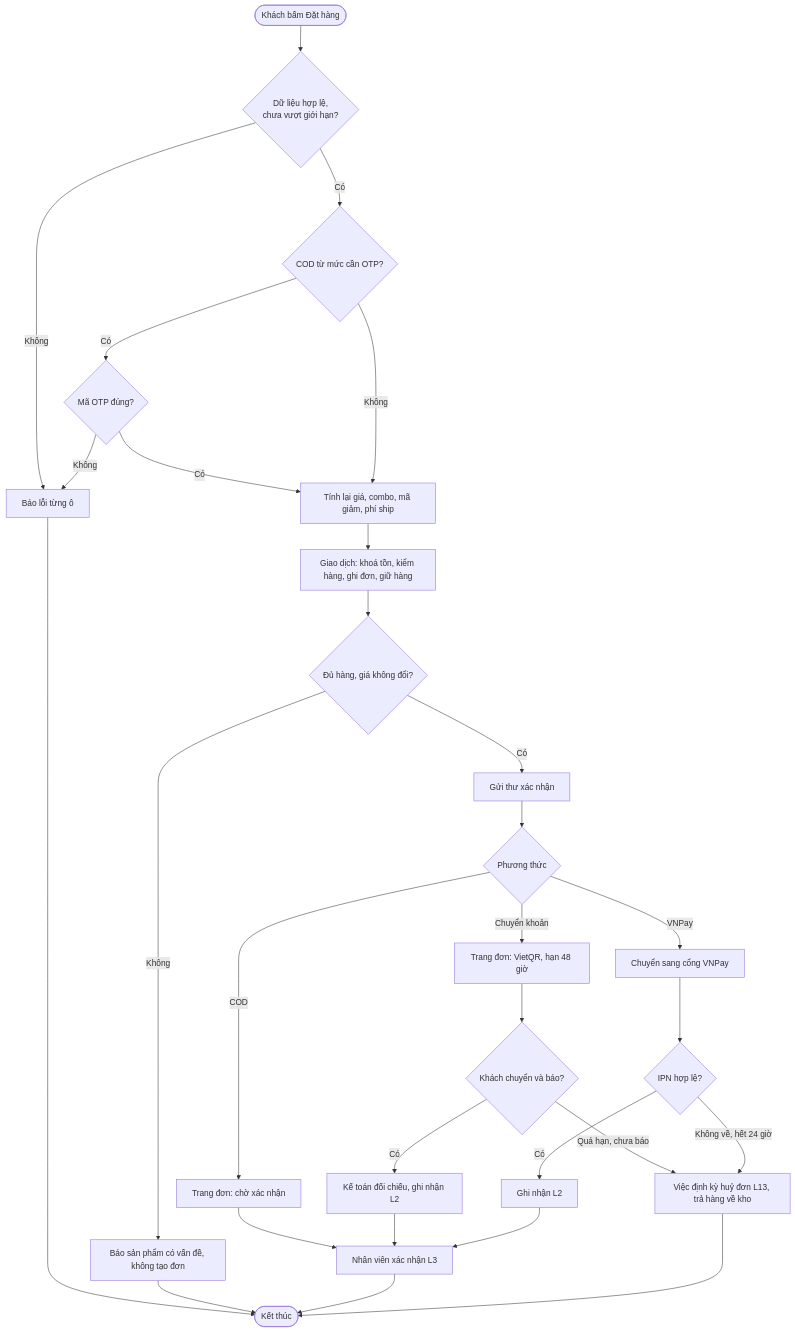
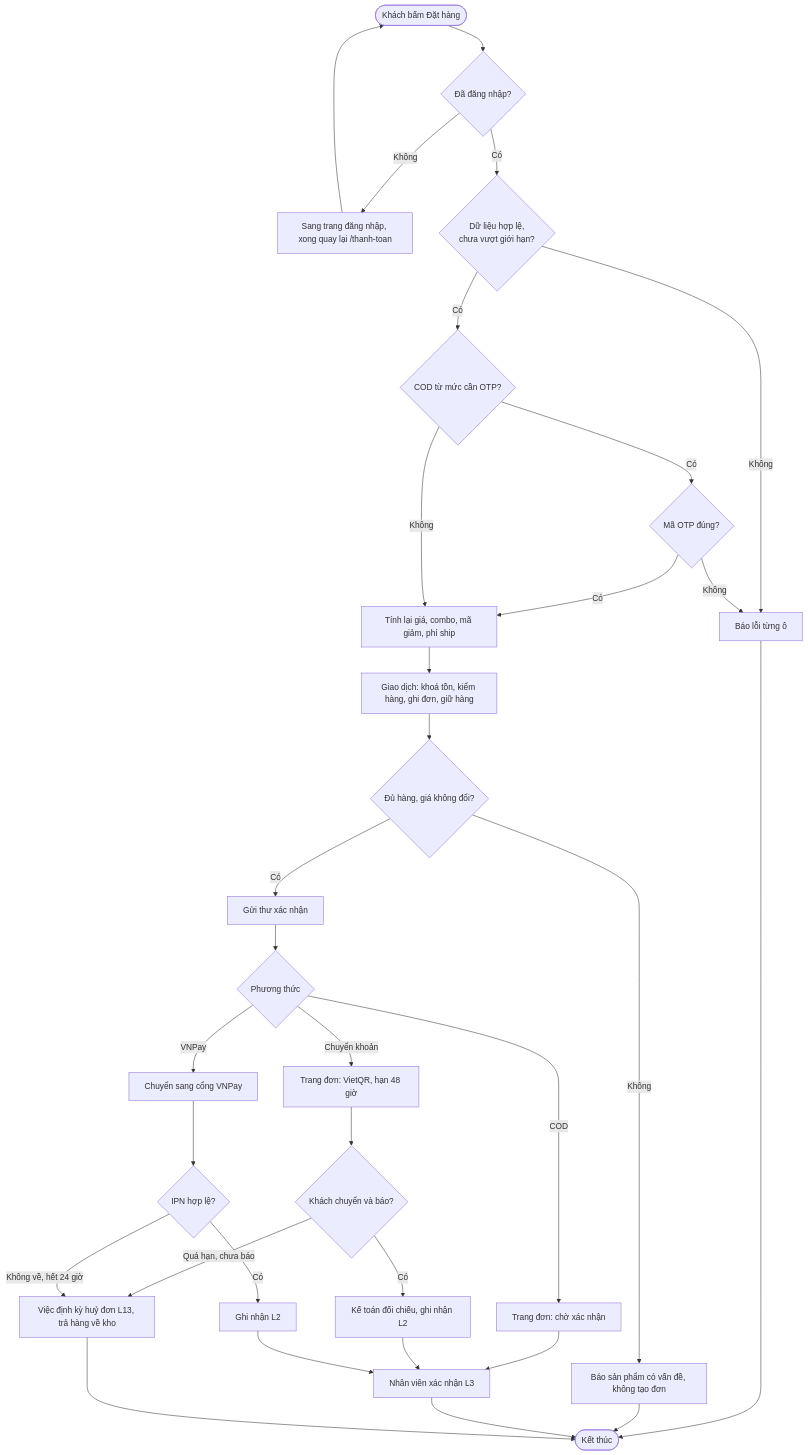
Before and after one commit to ledoankhoi/WEB_MO_HINH: the fourth of 11 diagrams in docs/chuan/02-use-case.md, drawn with Mermaid. The commit also changed other lines of this file and 4 other files, not shown here.

Commit message:
Tài liệu: cập nhật theo quyết định bắt đăng nhập khi đặt hàng

````diff
--- a/docs/chuan/02-use-case.md
+++ b/docs/chuan/02-use-case.md
@@ -336,26 +336,28 @@
 ```mermaid
 flowchart TD
-  A([Khách bấm Đặt hàng]) --> B{Dữ liệu hợp lệ,<br/>chưa vượt giới hạn?}
+  A([Khách bấm Đặt hàng]) --> A1{Đã đăng nhập?}
+  A1 -- Không --> A2[Sang trang đăng nhập, xong quay lại /thanh-toan] --> A
+  A1 -- Có --> B{Dữ liệu hợp lệ,<br/>chưa vượt giới hạn?}
   B -- Không --> B1[Báo lỗi từng ô] --> Z([Kết thúc])
   B -- Có --> C{COD từ mức cần OTP?}
   C -- Có --> C1{Mã OTP đúng?}
   C1 -- Không --> B1
   C1 -- Có --> D
   C -- Không --> D[Tính lại giá, combo, mã giảm, phí ship]
   D --> E[Giao dịch: khoá tồn, kiểm hàng, ghi đơn, giữ hàng]
   E --> F{Đủ hàng, giá không đổi?}
   F -- Không --> F1[Báo sản phẩm có vấn đề, không tạo đơn] --> Z
   F -- Có --> G[Gửi thư xác nhận]
   G --> H{Phương thức}
   H -- COD --> I[Trang đơn: chờ xác nhận]
   H -- Chuyển khoản --> J[Trang đơn: VietQR, hạn 48 giờ]
   H -- VNPay --> K[Chuyển sang cổng VNPay]
   J --> J1{Khách chuyển và báo?}
   J1 -- Có --> J2[Kế toán đối chiếu, ghi nhận L2]
   J1 -- Quá hạn, chưa báo --> X[Việc định kỳ huỷ đơn L13, trả hàng về kho]
   K --> K1{IPN hợp lệ?}
   K1 -- Có --> K2[Ghi nhận L2]
   K1 -- Không về, hết 24 giờ --> X
   I & J2 & K2 --> L[Nhân viên xác nhận L3] --> Z
   X --> Z
 ```
````
